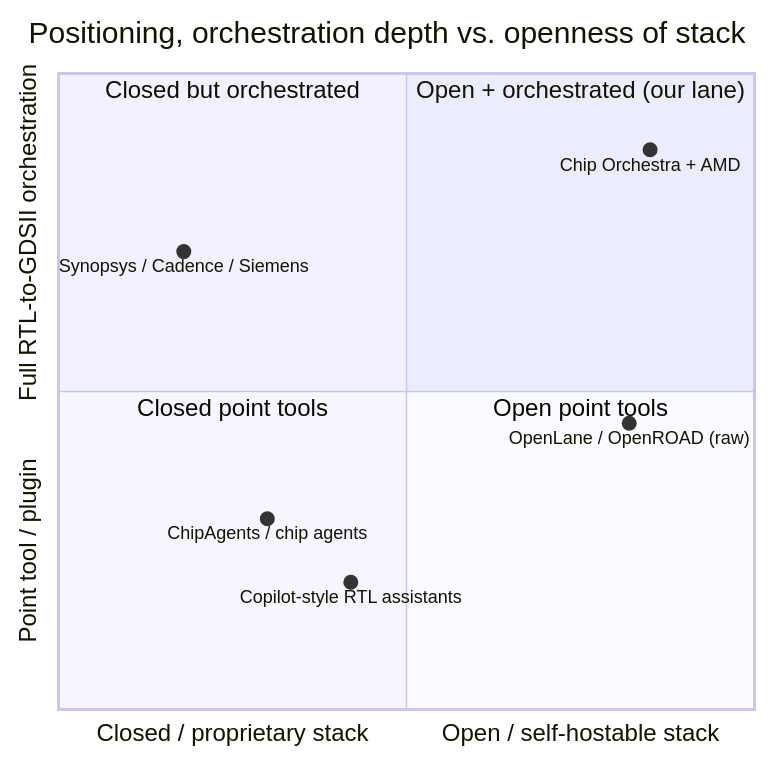
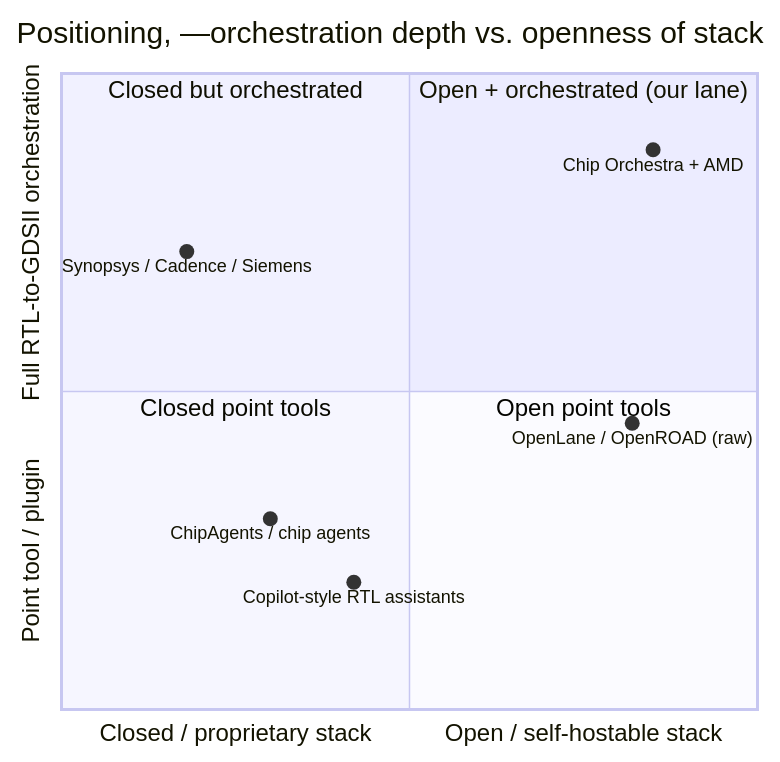
One commit to radhian/Chip-Orchestra changed the sixth of 9 diagrams in docs/platform_x_amd_deck.md. Above: the diagram before and after it, drawn with Mermaid. The commit also changed other lines of this file, not shown here.

````diff
--- a/docs/platform_x_amd_deck.md
+++ b/docs/platform_x_amd_deck.md
@@ -237,15 +215,15 @@
 ```mermaid
 quadrantChart
-    title Positioning, orchestration depth vs. openness of stack
+    title Positioning, —orchestration depth vs. openness of stack
     x-axis "Closed / proprietary stack" --> "Open / self-hostable stack"
     y-axis "Point tool / plugin" --> "Full RTL-to-GDSII orchestration"
     quadrant-1 "Open + orchestrated (our lane)"
     quadrant-2 "Closed but orchestrated"
     quadrant-3 "Closed point tools"
     quadrant-4 "Open point tools"
     "Synopsys / Cadence / Siemens": [0.18, 0.72]
     "ChipAgents / chip agents": [0.30, 0.30]
     "Copilot-style RTL assistants": [0.42, 0.20]
     "OpenLane / OpenROAD (raw)": [0.82, 0.45]
     "Chip Orchestra + AMD": [0.85, 0.88]
 ```
````
